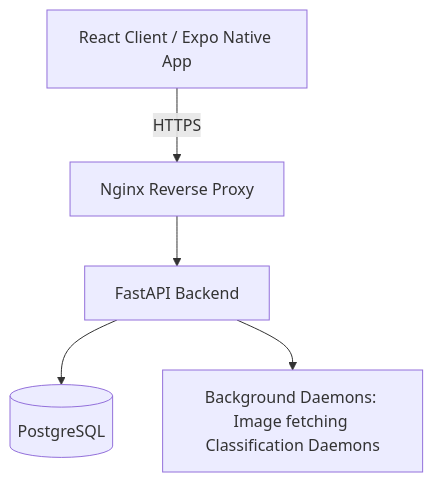
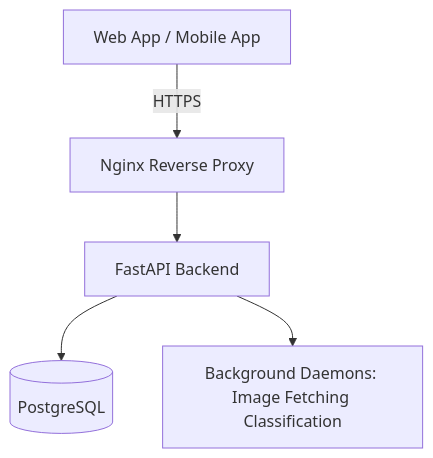
The diagram in README.md (ninja-boldo/grocery-list-vite), drawn with Mermaid before and after one commit. The commit also changed other lines of this file, not shown here.

````diff
--- a/README.md
+++ b/README.md
@@ -56,7 +51,7 @@
 ```mermaid
 graph TD
-    Client[React Client / Expo Native App] -->|HTTPS| Proxy[Nginx Reverse Proxy]
+    Client[Web App / Mobile App] -->|HTTPS| Proxy[Nginx Reverse Proxy]
     Proxy --> API[FastAPI Backend]
     API --> DB[(PostgreSQL)]
-    API --> Background[Background Daemons: Image fetching \nClassification Daemons]
+    API --> Workers[Background Daemons: Image Fetching \nClassification]
 ```
````
